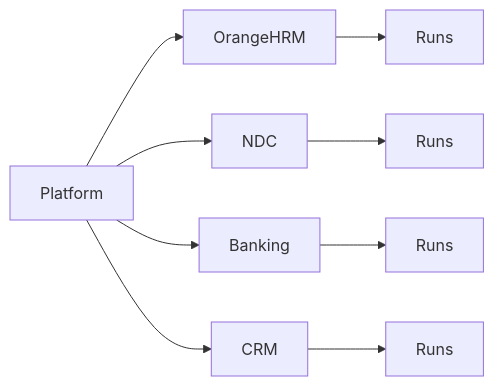
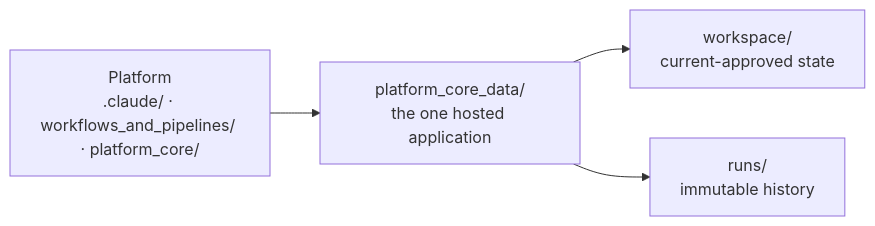
The fourth of 5 diagrams in docs/README.md (HusseinAtaHussein1/AISeatMap), drawn with Mermaid before and after one commit. The commit also changed other lines of this file and 543 other files, not shown here.

Commit message:
Refactor: convert platform to single-project architecture

````diff
--- a/docs/README.md
+++ b/docs/README.md
@@ -253,27 +250,15 @@
 ```mermaid
 flowchart LR
 
-Platform
+Platform["Platform<br/>.claude/ · workflows_and_pipelines/ · platform_core/"]
 
---> OrangeHRM
+Data["platform_core_data/<br/>the one hosted application"]
 
-Platform
+Work["workspace/<br/>current-approved state"]
 
---> NDC
+Runs["runs/<br/>immutable history"]
 
-Platform
-
---> Banking
-
-Platform
-
---> CRM
-
-OrangeHRM --> Runs1["Runs"]
-
-NDC --> Runs2["Runs"]
-
-Banking --> Runs3["Runs"]
-
-CRM --> Runs4["Runs"]
+Platform --> Data
+Data --> Work
+Data --> Runs
 ```
````
